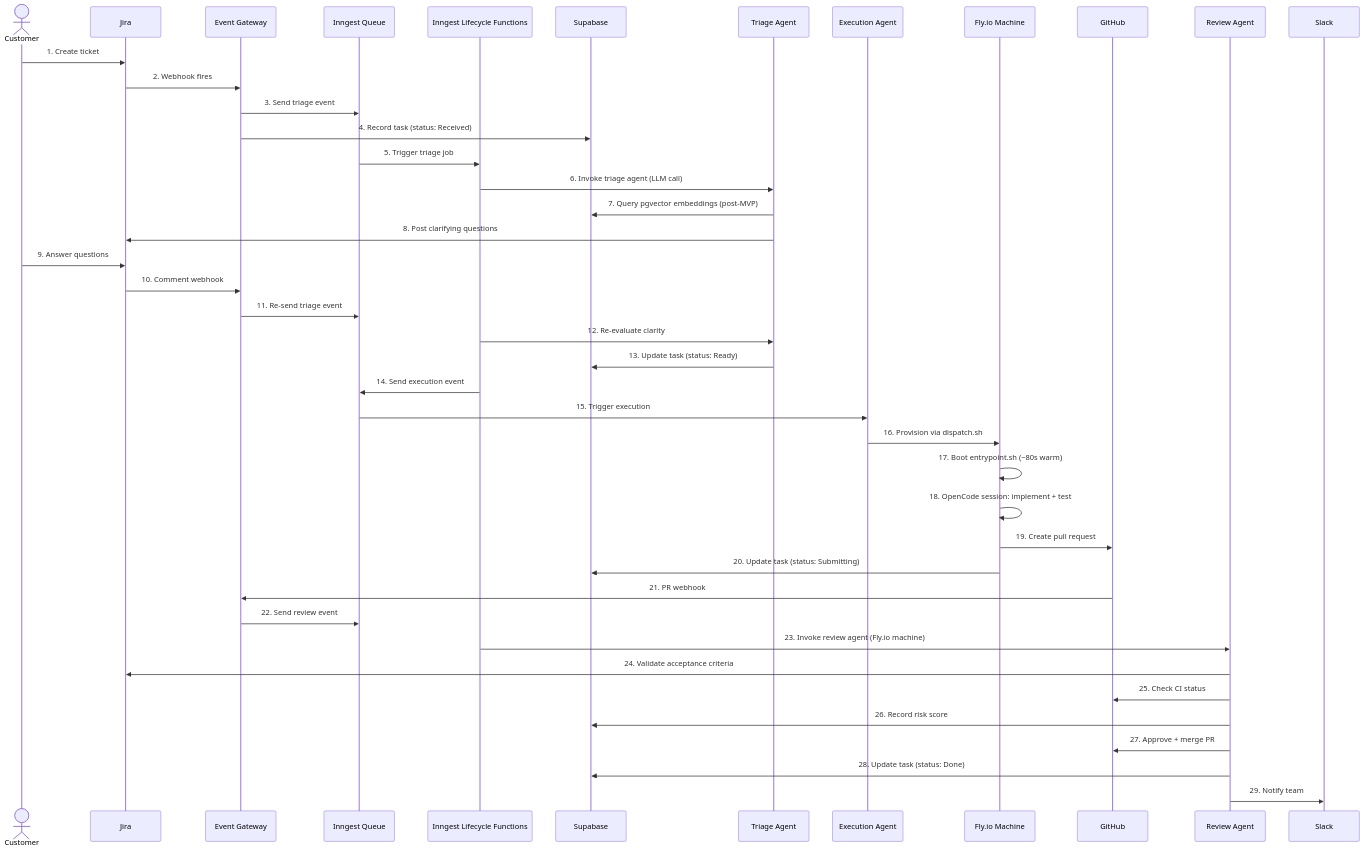
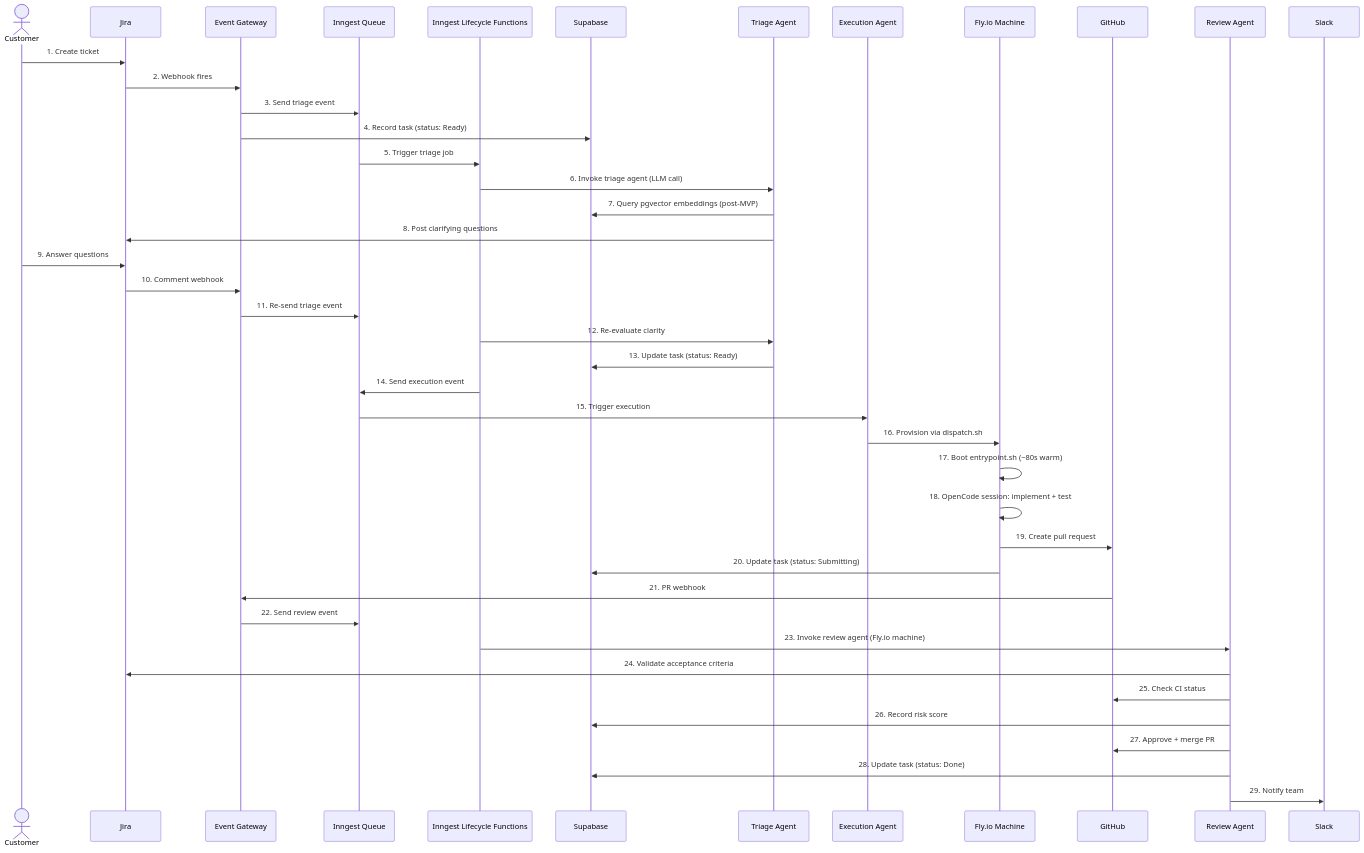
Before and after one commit to viiqswim/dozaldevs-ai-employee: diagram 11 of 16 in docs/2026-03-22-2317-ai-employee-architecture.md, drawn with Mermaid. The commit also changed other lines of this file, not shown here.

Commit message:
docs: H1 set MVP Event Gateway status to Ready instead of Received

````diff
--- a/docs/2026-03-22-2317-ai-employee-architecture.md
+++ b/docs/2026-03-22-2317-ai-employee-architecture.md
@@ -1270,45 +1272,45 @@
 ```mermaid
 sequenceDiagram
     actor Customer
     participant Jira
     participant Gateway as Event Gateway
     participant Inngest as Inngest Queue
     participant LifecycleFn as Inngest Lifecycle Functions
     participant Supabase
     participant TriageAgent as Triage Agent
     participant ExecAgent as Execution Agent
     participant FlyMachine as Fly.io Machine
     participant GitHub
     participant ReviewAgent as Review Agent
     participant Slack
 
     Customer->>Jira: 1. Create ticket
     Jira->>Gateway: 2. Webhook fires
     Gateway->>Inngest: 3. Send triage event
-    Gateway->>Supabase: 4. Record task (status: Received)
+     Gateway->>Supabase: 4. Record task (status: Ready)
     Inngest->>LifecycleFn: 5. Trigger triage job
     LifecycleFn->>TriageAgent: 6. Invoke triage agent (LLM call)
      TriageAgent->>Supabase: 7. Query pgvector embeddings (post-MVP)
     TriageAgent->>Jira: 8. Post clarifying questions
     Customer->>Jira: 9. Answer questions
     Jira->>Gateway: 10. Comment webhook
     Gateway->>Inngest: 11. Re-send triage event
     LifecycleFn->>TriageAgent: 12. Re-evaluate clarity
     TriageAgent->>Supabase: 13. Update task (status: Ready)
     LifecycleFn->>Inngest: 14. Send execution event
     Inngest->>ExecAgent: 15. Trigger execution
     ExecAgent->>FlyMachine: 16. Provision via dispatch.sh
     FlyMachine->>FlyMachine: 17. Boot entrypoint.sh (~80s warm)
     FlyMachine->>FlyMachine: 18. OpenCode session: implement + test
     FlyMachine->>GitHub: 19. Create pull request
     FlyMachine->>Supabase: 20. Update task (status: Submitting)
     GitHub->>Gateway: 21. PR webhook
     Gateway->>Inngest: 22. Send review event
      LifecycleFn->>ReviewAgent: 23. Invoke review agent (Fly.io machine)
     ReviewAgent->>Jira: 24. Validate acceptance criteria
     ReviewAgent->>GitHub: 25. Check CI status
     ReviewAgent->>Supabase: 26. Record risk score
     ReviewAgent->>GitHub: 27. Approve + merge PR
     ReviewAgent->>Supabase: 28. Update task (status: Done)
     ReviewAgent->>Slack: 29. Notify team
 ```
````
